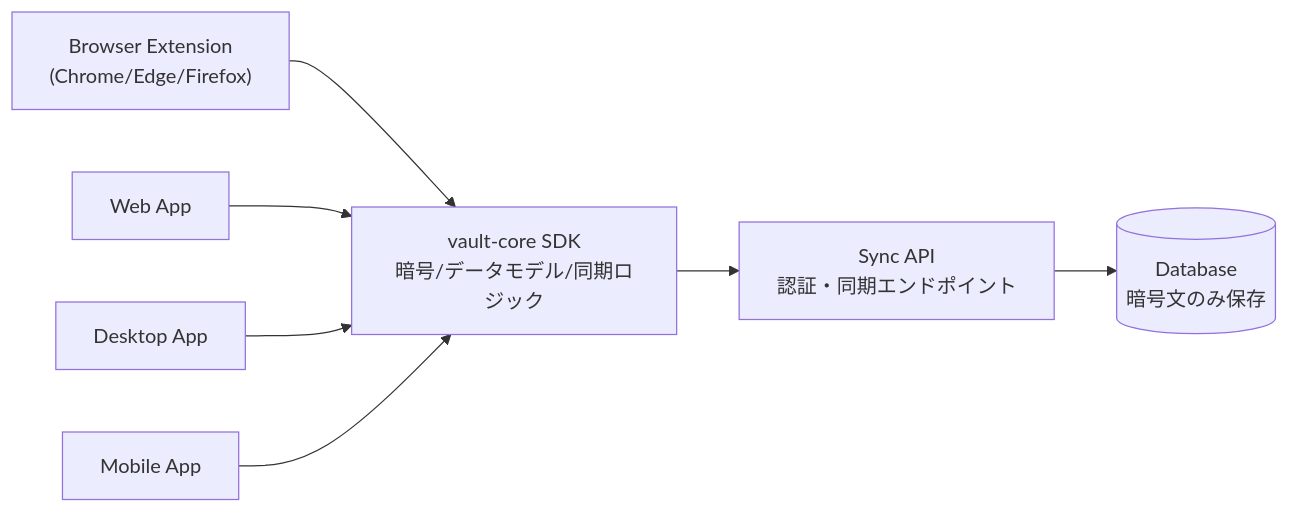
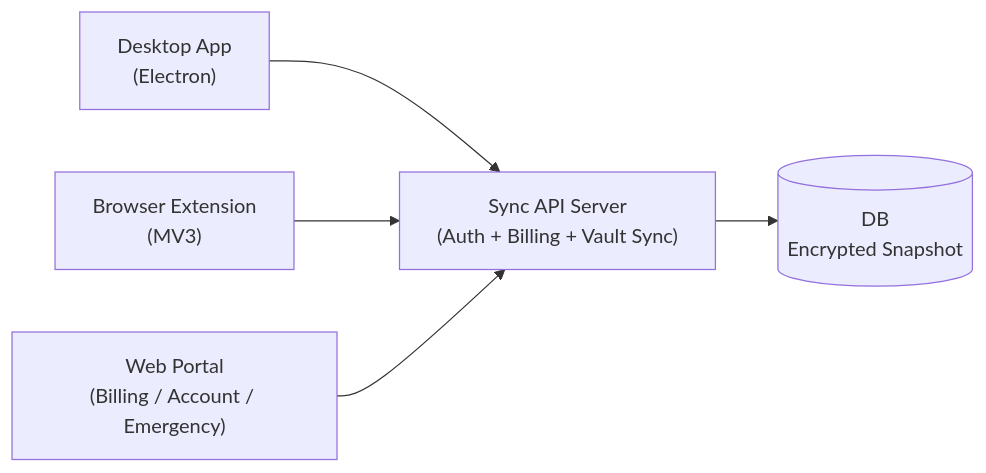
The diagram in docs/detailed-design-ja.md (THir939/PasswordManeger), drawn with Mermaid before and after one commit. The commit also changed other lines of this file and 19 other files, not shown here.

````diff
--- a/docs/detailed-design-ja.md
+++ b/docs/detailed-design-ja.md
@@ -83,19 +25,13 @@
 ```mermaid
 flowchart LR
-  EXT["Browser Extension\n(Chrome/Edge/Firefox)"]
-  WEB["Web App"]
-  DESK["Desktop App"]
-  MOB["Mobile App"]
+  D["Desktop App\n(Electron)"]
+  E["Browser Extension\n(MV3)"]
+  W["Web Portal\n(Billing / Account / Emergency)"]
+  S["Sync API Server\n(Auth + Billing + Vault Sync)"]
+  DB[("DB\nEncrypted Snapshot")]
 
-  CORE["vault-core SDK\n暗号/データモデル/同期ロジック"]
-  API["Sync API\n認証・同期エンドポイント"]
-  DB[("Database\n暗号文のみ保存")]
-
-  EXT --> CORE
-  WEB --> CORE
-  DESK --> CORE
-  MOB --> CORE
-
-  CORE --> API
-  API --> DB
+  D --> S
+  E --> S
+  W --> S
+  S --> DB
 ```
````
